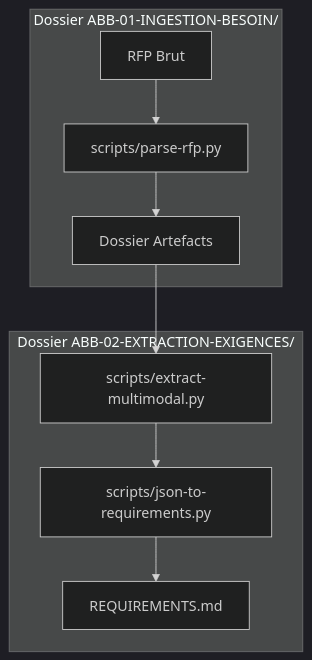
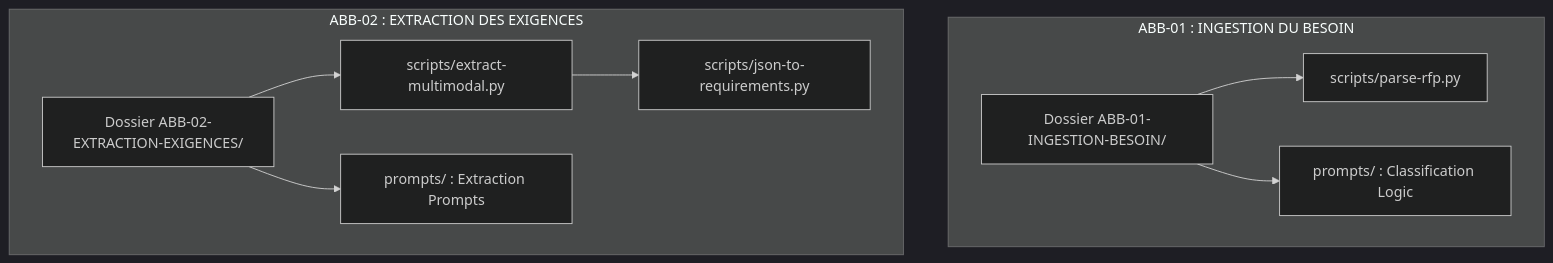
Before and after one commit to RodMan121/i-ingestion_lecture_rfp: the diagram in 00-GOUVERNANCE/LLM_MASTER_KNOWLEDGE.md, drawn with Mermaid (dark theme). The commit also changed other lines of this file and 5 other files, not shown here.

Commit message:
refactor: reorganize prompts into ABB-specific governance folders and update documentation

````diff
--- a/00-GOUVERNANCE/LLM_MASTER_KNOWLEDGE.md
+++ b/00-GOUVERNANCE/LLM_MASTER_KNOWLEDGE.md
@@ -13,13 +13,15 @@
 ```mermaid
 graph TD
-    subgraph ABB-01 : INGESTION DU BESOIN [Dossier ABB-01-INGESTION-BESOIN/]
-        RAW[RFP Brut] --> P1[scripts/parse-rfp.py]
-        P1 --> ARTEFACTS[Dossier Artefacts]
+    subgraph ABB-01 : INGESTION DU BESOIN
+        DIR1[Dossier ABB-01-INGESTION-BESOIN/]
+        DIR1 --> P1[scripts/parse-rfp.py]
+        DIR1 --> PR1[prompts/ : Classification Logic]
     end
     
-    subgraph ABB-02 : EXTRACTION DES EXIGENCES [Dossier ABB-02-EXTRACTION-EXIGENCES/]
-        ARTEFACTS --> P2[scripts/extract-multimodal.py]
+    subgraph ABB-02 : EXTRACTION DES EXIGENCES
+        DIR2[Dossier ABB-02-EXTRACTION-EXIGENCES/]
+        DIR2 --> P2[scripts/extract-multimodal.py]
+        DIR2 --> PR2[prompts/ : Extraction Prompts]
         P2 --> P3[scripts/json-to-requirements.py]
-        P3 --> REQ[REQUIREMENTS.md]
     end
 ```
````
